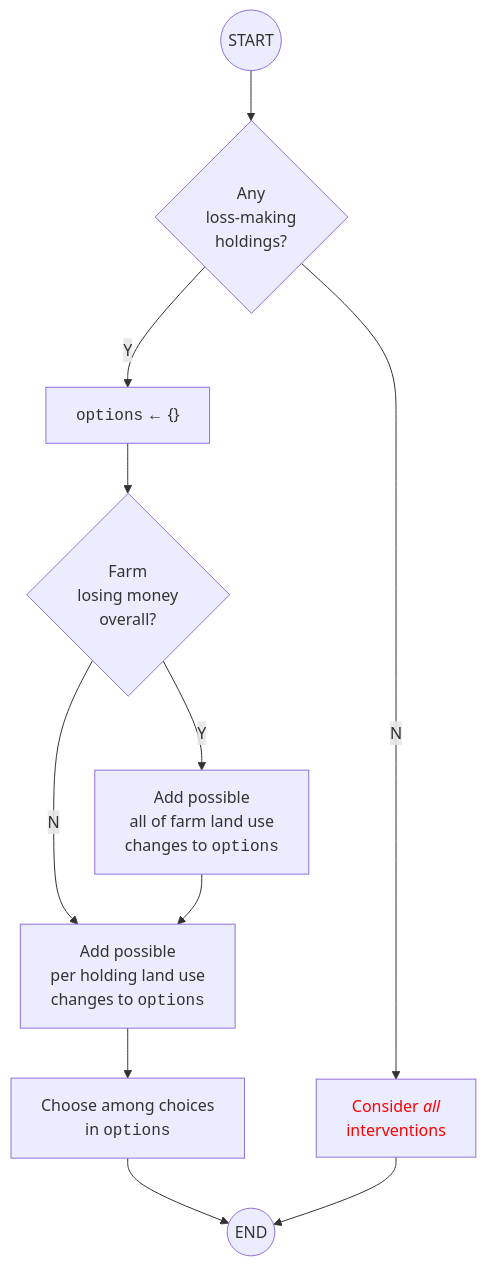
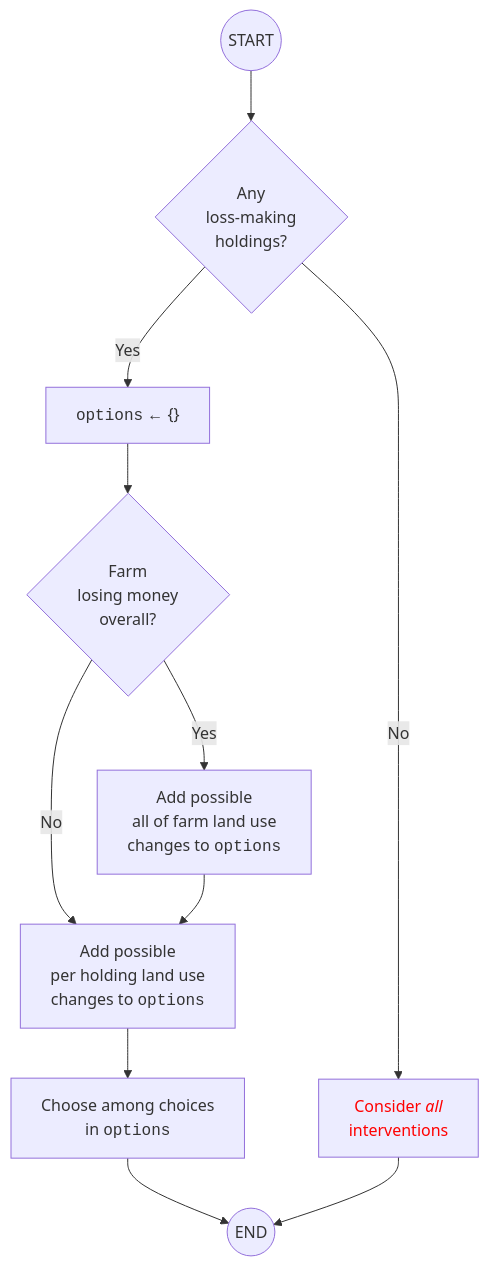
Before and after one commit to DOSull/moving-the-middle-abm: the diagram in model-description/documents/03e-optimisation-mode.qmd, drawn with Mermaid. The commit also changed 38 other files, not shown here.

````diff
--- a/model-description/documents/03e-optimisation-mode.qmd
+++ b/model-description/documents/03e-optimisation-mode.qmd
@@ -28,23 +28,23 @@
 ```{mermaid}
 flowchart TB
   A((START))
   F{Any<br>loss-making<br>holdings?}
   G["<span style='font-family:monospace'>options</span> &larr; {}"]
   H{Farm<br>losing money<br>overall?}
   I[Add possible<br>all of farm land use<br>changes to <span style="font-family:monospace;">options</span>]
   J[Add possible<br>per holding land use<br>changes to <span style="font-family:monospace;">options</span>]
   K[Choose among choices<br>in  <span style="font-family:monospace;">options</span>]
   L[<span style='color:red;'>Consider <i>all</i><br>interventions</span>]
   Z((END))
   A --> F
-  F -->|Y| G
-  F -->|N| L
+  F -->|Yes| G
+  F -->|No| L
   G --> H
-  H -->|Y| I
-  H -->|N| J
+  H -->|Yes| I
+  H -->|No| J
   I --> J
   J --> K
   K --> Z
   L --> Z
   click L "05-farmer-decisions-interventions.html" "Click for details"
 ```
````
